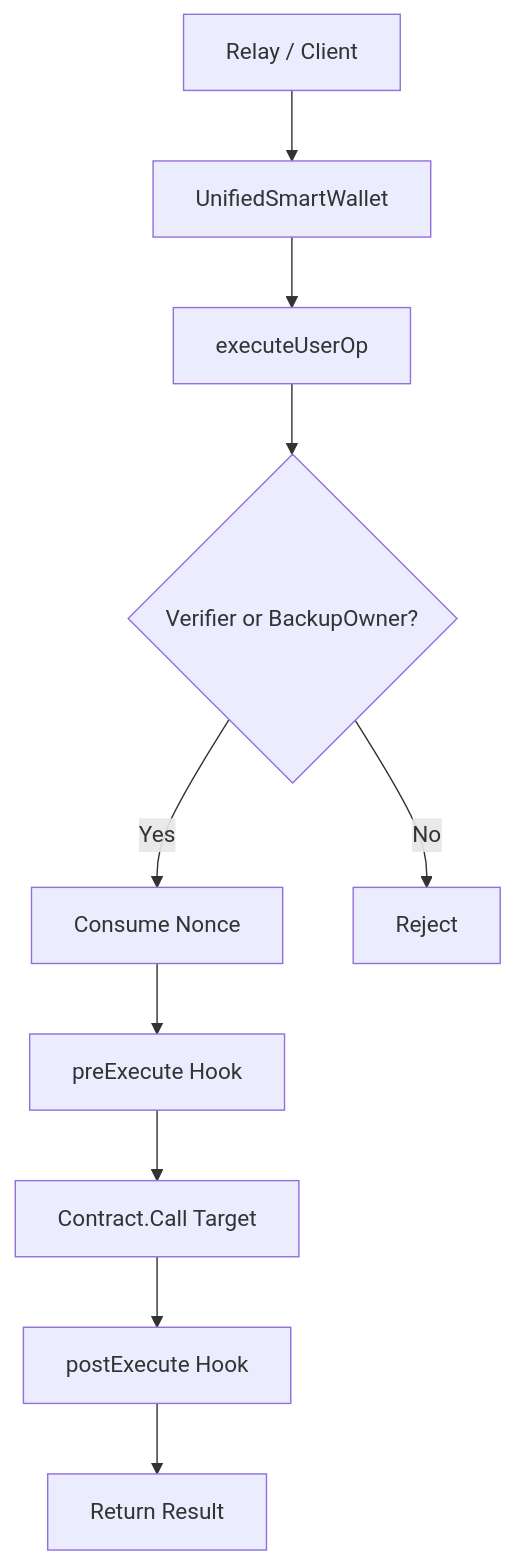
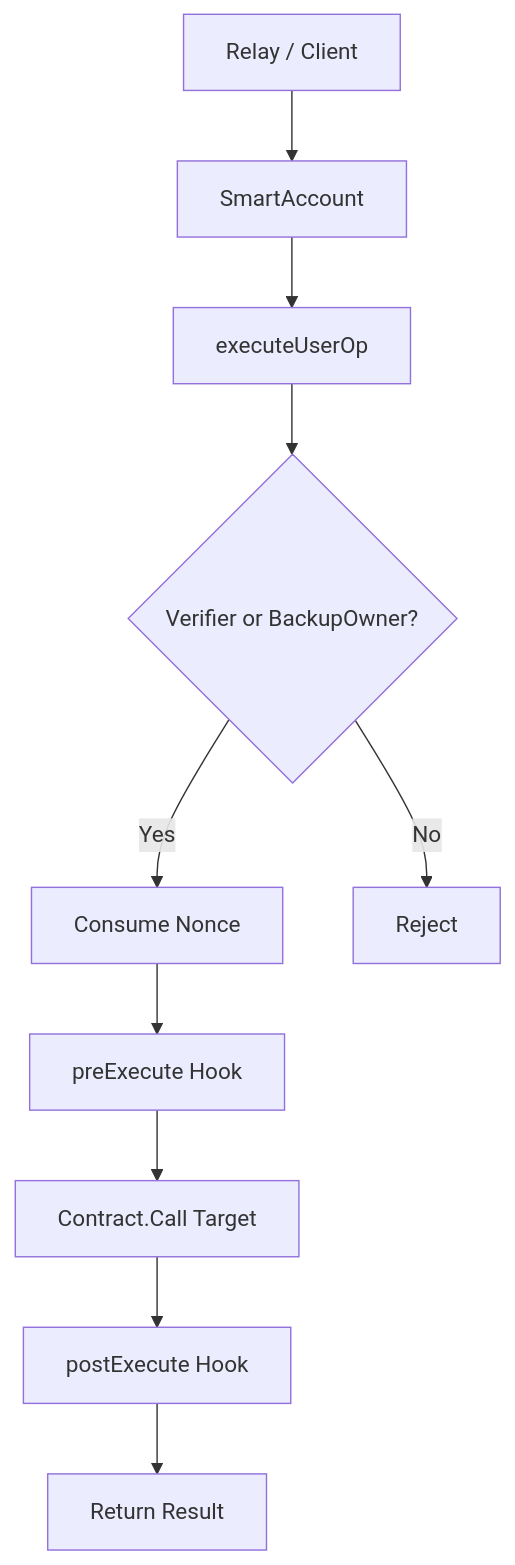
Before and after one commit to r3e-network/neo-os-aa: the second of 3 diagrams in docs/ETHEREUM_AA_COMPARISON.md, drawn with Mermaid. The commit also changed other lines of this file and 665 other files, not shown here.

````diff
--- a/docs/ETHEREUM_AA_COMPARISON.md
+++ b/docs/ETHEREUM_AA_COMPARISON.md
@@ -99,12 +99,12 @@
 ```mermaid
 flowchart TD
-    Relay[Relay / Client] --> Core[UnifiedSmartWallet]
+    Relay[Relay / Client] --> Core[SmartAccount]
     Core --> Execute[executeUserOp]
     Execute --> Auth{Verifier or BackupOwner?}
     Auth -- Yes --> Nonce[Consume Nonce]
     Nonce --> Pre[preExecute Hook]
     Pre --> Call[Contract.Call Target]
     Call --> Post[postExecute Hook]
     Post --> Return[Return Result]
     Auth -- No --> Reject[Reject]
 ```
````
